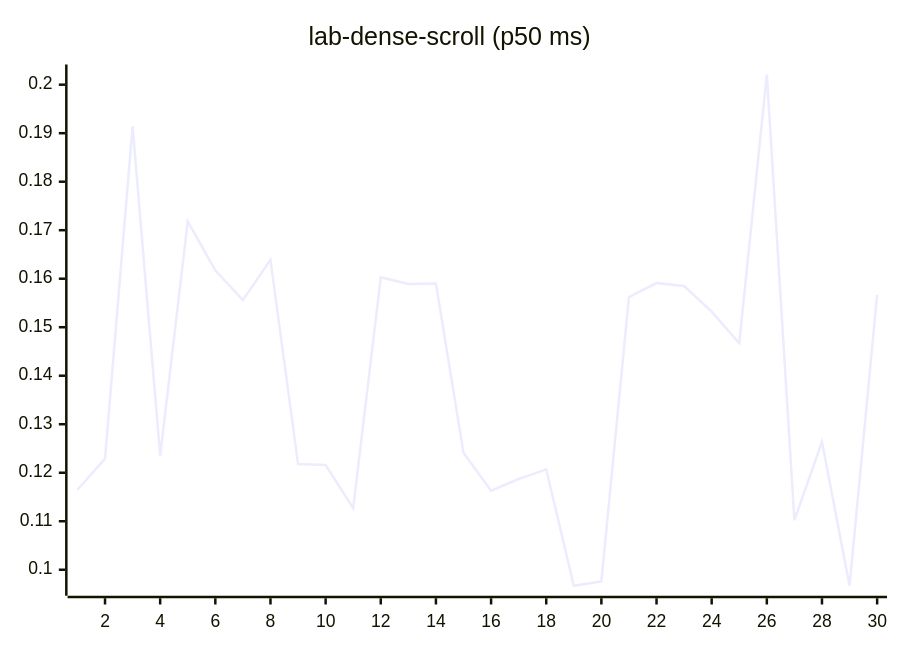
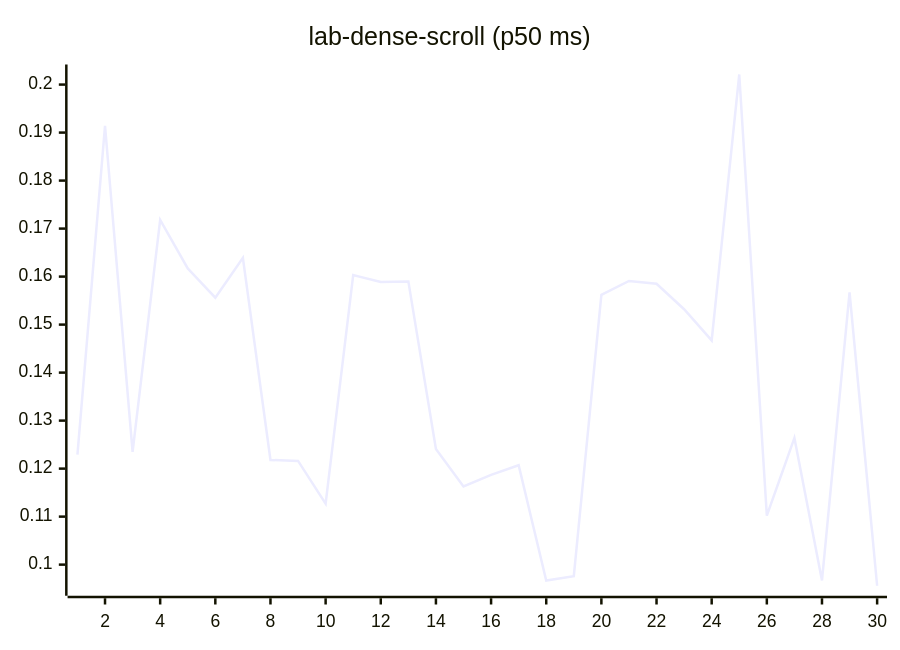
One commit to josha/Facet changed diagram 12 of 27 in README.md. Above: the diagram before and after it, drawn with Mermaid. The commit also changed other lines of this file and 2 other files, not shown here.

````diff
--- a/README.md
+++ b/README.md
@@ -140,6 +140,6 @@
 ```mermaid
 xychart-beta
     title "lab-dense-scroll (p50 ms)"
     x-axis 1 --> 30
-    line [0.1165, 0.1229, 0.1914, 0.1235, 0.1718, 0.1617, 0.1556, 0.1639, 0.1218, 0.1216, 0.1127, 0.1603, 0.1589, 0.1590, 0.1241, 0.1163, 0.1187, 0.1207, 0.0967, 0.0976, 0.1562, 0.1591, 0.1585, 0.1532, 0.1467, 0.2021, 0.1102, 0.1264, 0.0967, 0.1567]
+    line [0.1229, 0.1914, 0.1235, 0.1718, 0.1617, 0.1556, 0.1639, 0.1218, 0.1216, 0.1127, 0.1603, 0.1589, 0.1590, 0.1241, 0.1163, 0.1187, 0.1207, 0.0967, 0.0976, 0.1562, 0.1591, 0.1585, 0.1532, 0.1467, 0.2021, 0.1102, 0.1264, 0.0967, 0.1567, 0.0956]
 ```
````
